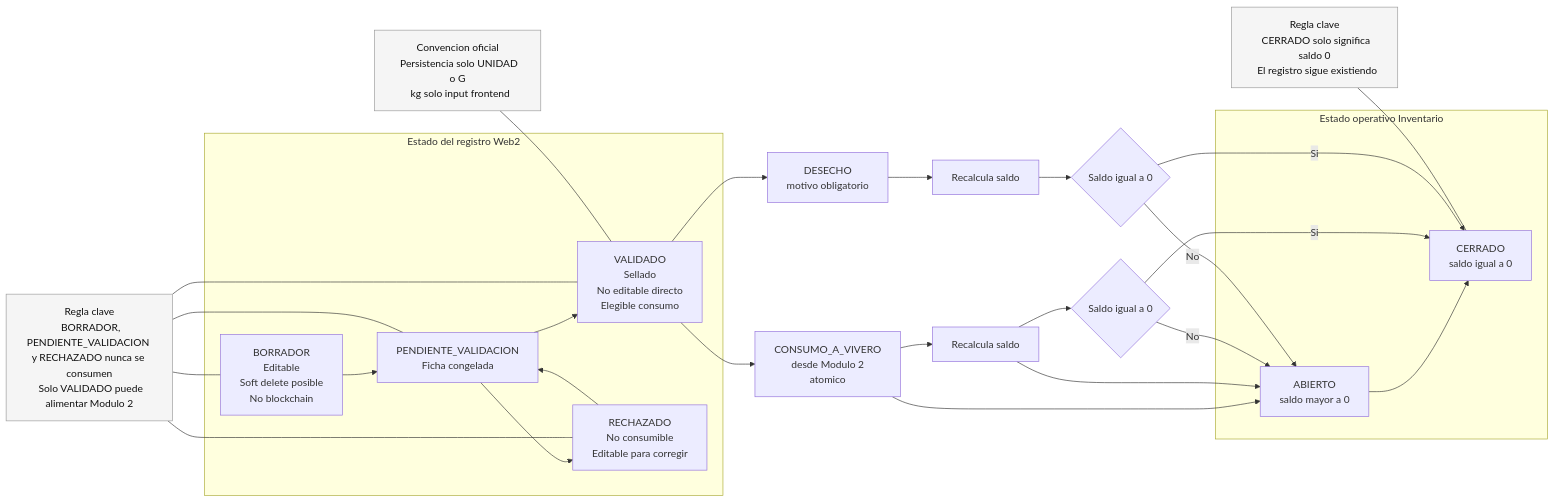
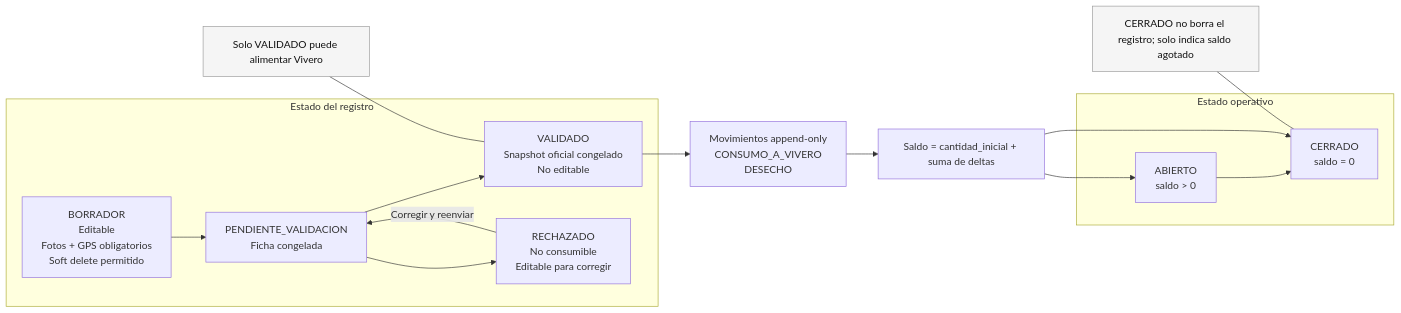
One commit to R3foresta/r3foresta-docs changed the second of 2 diagrams in recoleccion-module/03_procesos_diagrama.md. Above: the diagram before and after it, drawn with Mermaid. The commit also changed other lines of this file and 4 other files, not shown here.

````diff
--- a/recoleccion-module/03_procesos_diagrama.md
+++ b/recoleccion-module/03_procesos_diagrama.md
@@ -232,68 +40,26 @@
-```mermaid id="maquina_estados_m1"
+```mermaid
 flowchart LR
-  %% =========================
-  %% DIMENSION 1: ESTADO DEL REGISTRO (WEB2)
-  %% =========================
-  subgraph R[Estado del registro Web2]
-    r0[BORRADOR
-    Editable
-    Soft delete posible
-    No blockchain] --> r05[PENDIENTE_VALIDACION
-    Ficha congelada]
-    r05 --> r1[VALIDADO
-    Sellado
-    No editable directo
-    Elegible consumo]
-    r05 --> r2[RECHAZADO
-    No consumible
-    Editable para corregir]
-    r2 --> r05
+  subgraph registro[Estado del registro]
+    draft[BORRADOR<br/>Editable<br/>Fotos + GPS obligatorios<br/>Soft delete permitido] --> pending[PENDIENTE_VALIDACION<br/>Ficha congelada]
+    pending --> validated[VALIDADO<br/>Snapshot oficial congelado<br/>No editable]
+    pending --> rejected[RECHAZADO<br/>No consumible<br/>Editable para corregir]
+    rejected -- Corregir y reenviar --> pending
   end
 
-  %% =========================
-  %% DIMENSION 2: ESTADO OPERATIVO (INVENTARIO)
-  %% =========================
-  subgraph O[Estado operativo Inventario]
-    o0[ABIERTO
-    saldo mayor a 0] --> o1[CERRADO
-    saldo igual a 0]
+  subgraph operativo[Estado operativo]
+    opOpen[ABIERTO<br/>saldo > 0] --> opClosed[CERRADO<br/>saldo = 0]
   end
 
-  %% =========================
-  %% TRANSICIONES QUE AFECTAN INVENTARIO (EVENTOS)
-  %% =========================
-  r1 --> c1[CONSUMO_A_VIVERO
-  desde Modulo 2
-  atomico] --> o0
-  c1 --> t1[Recalcula saldo] --> o0
-  t1 --> z1{Saldo igual a 0}
-  z1 -- Si --> o1
-  z1 -- No --> o0
+  validated --> movement[Movimientos append-only<br/>CONSUMO_A_VIVERO<br/>DESECHO]
+  movement --> recalc[Saldo = cantidad_inicial + suma de deltas]
+  recalc --> opOpen
+  recalc --> opClosed
 
-  r1 --> d1[DESECHO
-  motivo obligatorio] --> t2[Recalcula saldo] --> z2{Saldo igual a 0}
-  z2 -- Si --> o1
-  z2 -- No --> o0
+  note1[ Solo VALIDADO puede alimentar Vivero ]:::note
+  note2[ CERRADO no borra el registro; solo indica saldo agotado ]:::note
 
-  %% =========================
-  %% REGLAS CLAVE
-  %% =========================
-  note1[Regla clave
-  BORRADOR, PENDIENTE_VALIDACION y RECHAZADO nunca se consumen
-  Solo VALIDADO puede alimentar Modulo 2]:::note
-  note2[Regla clave
-  CERRADO solo significa saldo 0
-  El registro sigue existiendo]:::note
-  note3[Convencion oficial
-  Persistencia solo UNIDAD o G
-  kg solo input frontend]:::note
-
-  note1 --- r0
-  note1 --- r05
-  note1 --- r1
-  note1 --- r2
-  note2 --- o1
-  note3 --- r1
+  note1 --- validated
+  note2 --- opClosed
 
   classDef note fill:#f5f5f5,stroke:#999,stroke-width:1px,color:#111;
 ```
````
